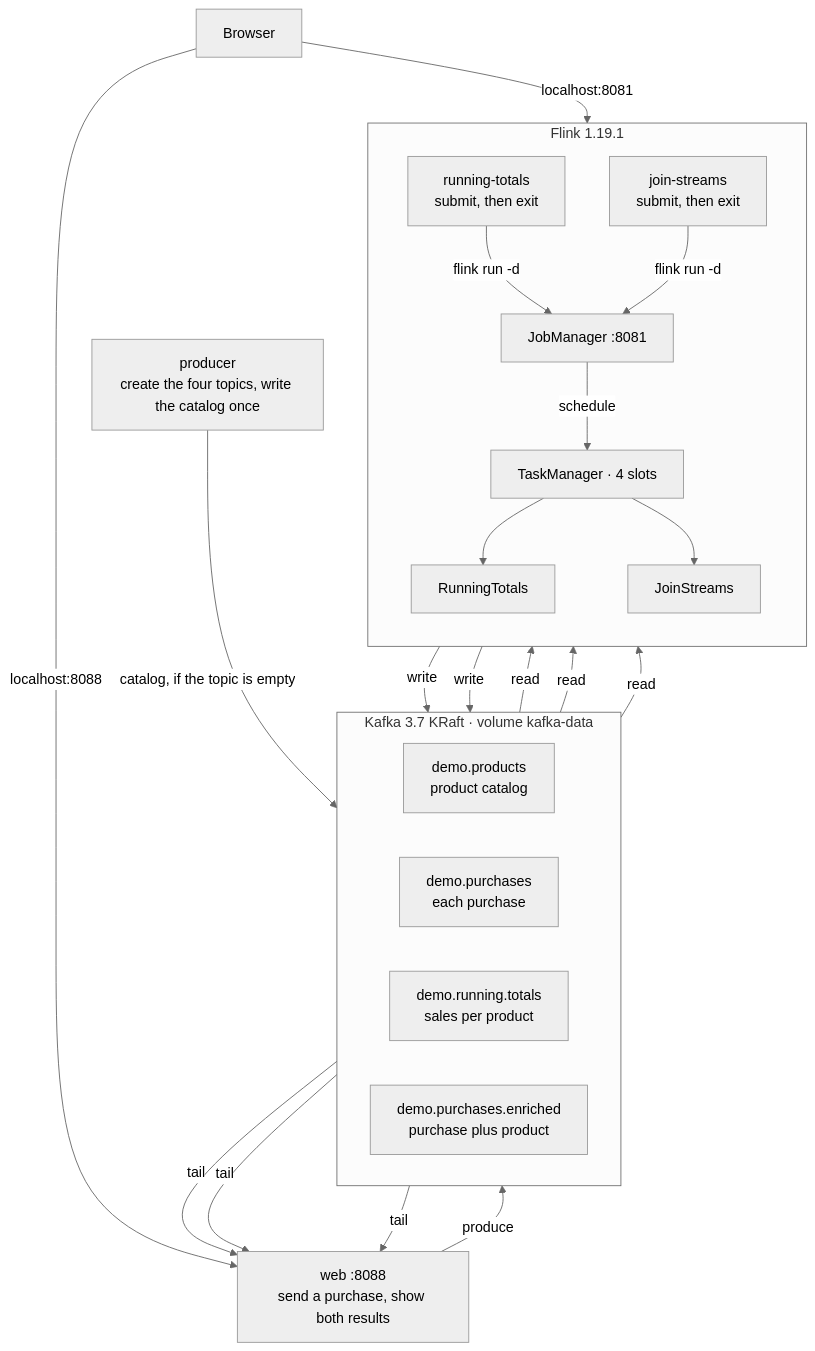
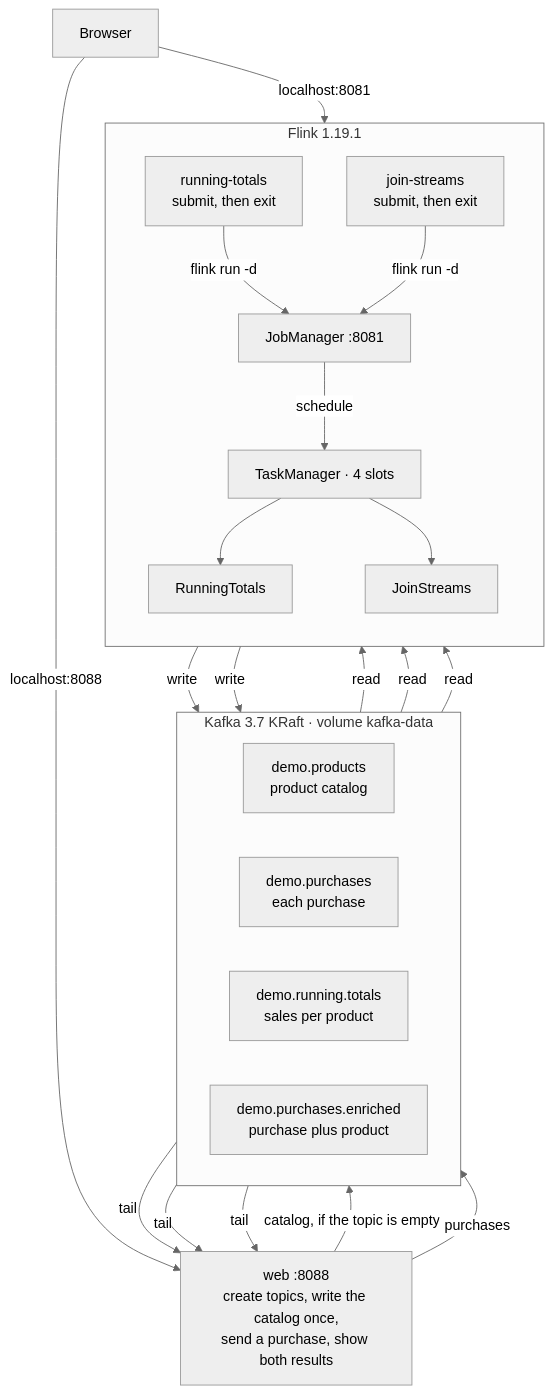
Before and after one commit to fanqingsong/flink-kafka-demo: the first of 4 diagrams in README.md, drawn with Mermaid (neutral theme). The commit also changed other lines of this file and 3 other files, not shown here.

First line of the commit message:
Remove the one-shot producer now that the web app sends purchases.

````diff
--- a/README.md
+++ b/README.md
@@ -11,46 +11,45 @@
 ```mermaid
 flowchart TB
   browser["Browser"]
 
-  web["web :8088<br/>send a purchase, show both results"]
-  producer["producer<br/>create the four topics, write the catalog once"]
+  web["web :8088<br/>create topics, write the catalog once,<br/>send a purchase, show both results"]
 
   subgraph kafka["Kafka 3.7 KRaft · volume kafka-data"]
     direction LR
     products["demo.products<br/>product catalog"]
     purchases["demo.purchases<br/>each purchase"]
     totals["demo.running.totals<br/>sales per product"]
     enriched["demo.purchases.enriched<br/>purchase plus product"]
   end
 
   subgraph flink["Flink 1.19.1"]
     direction TB
     submitRt["running-totals<br/>submit, then exit"]
     submitJs["join-streams<br/>submit, then exit"]
     jm["JobManager :8081"]
     tm["TaskManager · 4 slots"]
     rt["RunningTotals"]
     js["JoinStreams"]
   end
 
   browser -->|"localhost:8088"| web
   browser -->|"localhost:8081"| jm
 
-  producer -->|"catalog, if the topic is empty"| products
-  web -->|"produce"| purchases
+  web -->|"catalog, if the topic is empty"| products
+  web -->|"purchases"| purchases
   purchases -->|"tail"| web
   totals -->|"tail"| web
   enriched -->|"tail"| web
 
   submitRt -->|"flink run -d"| jm
   submitJs -->|"flink run -d"| jm
   jm -->|"schedule"| tm
   tm --> rt
   tm --> js
 
   purchases -->|"read"| rt
   rt -->|"write"| totals
   products -->|"read"| js
   purchases -->|"read"| js
   js -->|"write"| enriched
 ```
````
